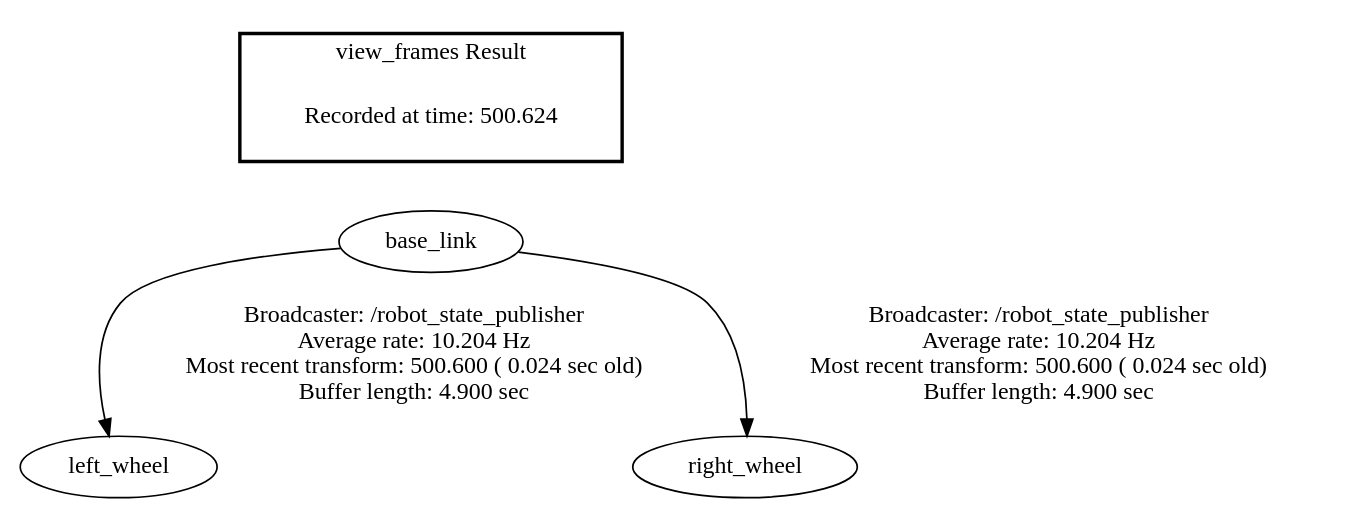
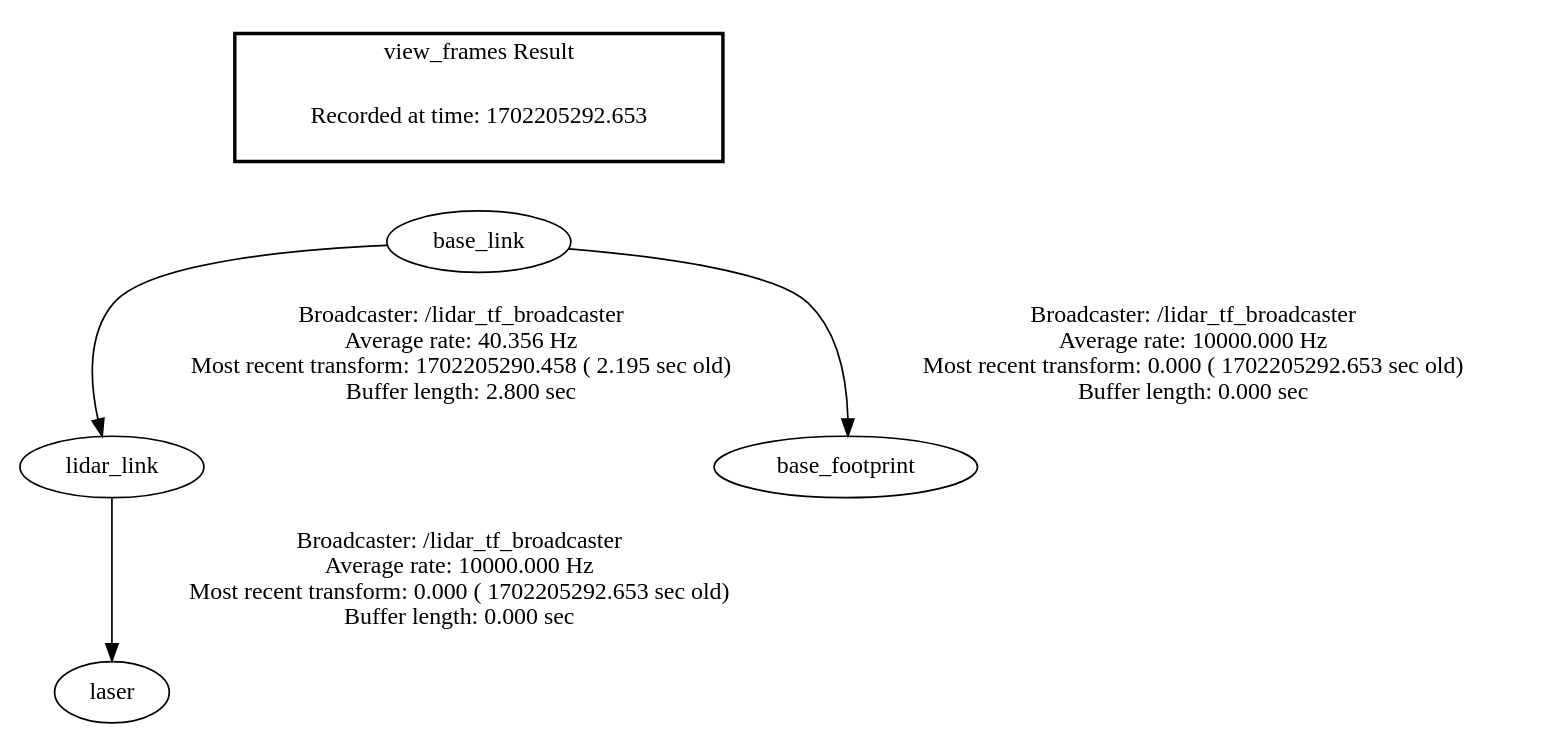
Before and after one commit to yunusstalha/kolaydi: the diagram in frames.gv, drawn with Graphviz. The commit also changed 1 other file, not shown here.

Commit message:
a new tf publisher is added

```diff
--- a/frames.gv
+++ b/frames.gv
@@ -1,8 +1,9 @@
 digraph G {
-"base_link" -> "left_wheel"[label="Broadcaster: /robot_state_publisher\nAverage rate: 10.204 Hz\nMost recent transform: 500.600 ( 0.024 sec old)\nBuffer length: 4.900 sec\n"];
-"base_link" -> "right_wheel"[label="Broadcaster: /robot_state_publisher\nAverage rate: 10.204 Hz\nMost recent transform: 500.600 ( 0.024 sec old)\nBuffer length: 4.900 sec\n"];
+"base_link" -> "lidar_link"[label="Broadcaster: /lidar_tf_broadcaster\nAverage rate: 40.356 Hz\nMost recent transform: 1702205290.458 ( 2.195 sec old)\nBuffer length: 2.800 sec\n"];
+"base_link" -> "base_footprint"[label="Broadcaster: /lidar_tf_broadcaster\nAverage rate: 10000.000 Hz\nMost recent transform: 0.000 ( 1702205292.653 sec old)\nBuffer length: 0.000 sec\n"];
+"lidar_link" -> "laser"[label="Broadcaster: /lidar_tf_broadcaster\nAverage rate: 10000.000 Hz\nMost recent transform: 0.000 ( 1702205292.653 sec old)\nBuffer length: 0.000 sec\n"];
 edge [style=invis];
  subgraph cluster_legend { style=bold; color=black; label ="view_frames Result";
-"Recorded at time: 500.624"[ shape=plaintext ] ;
+"Recorded at time: 1702205292.653"[ shape=plaintext ] ;
  }->"base_link";
 }
```
